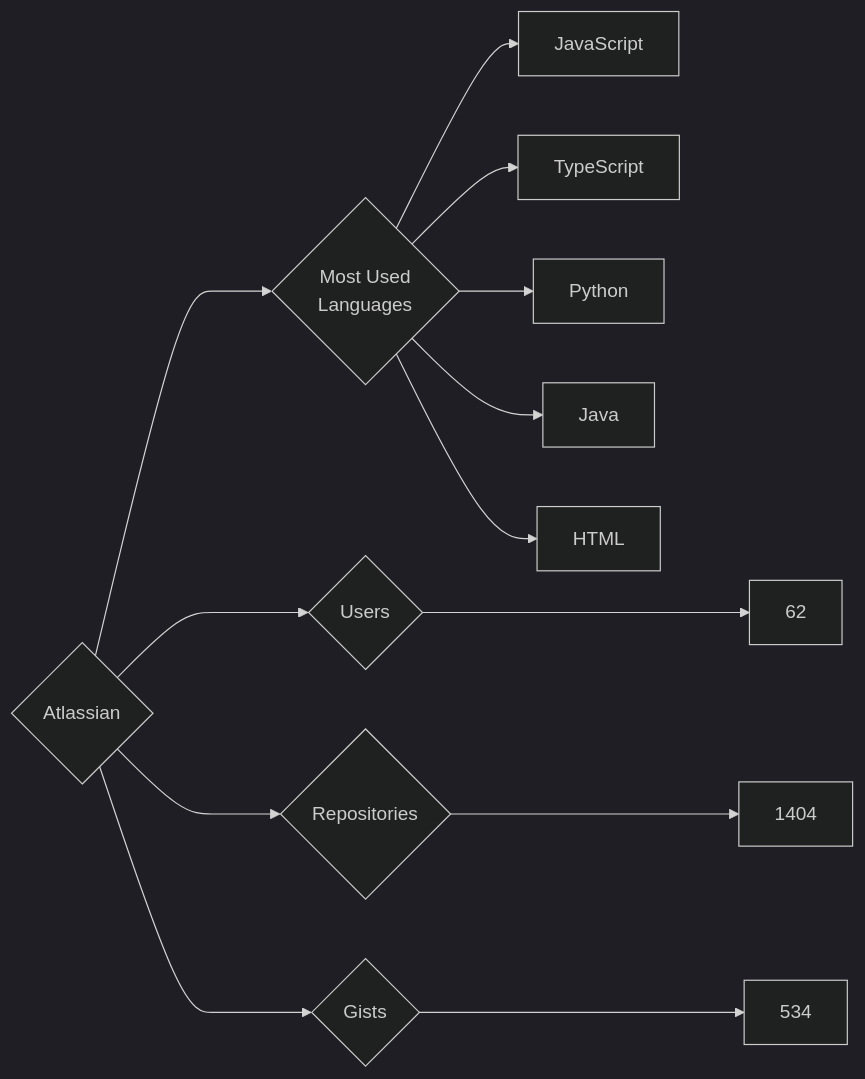
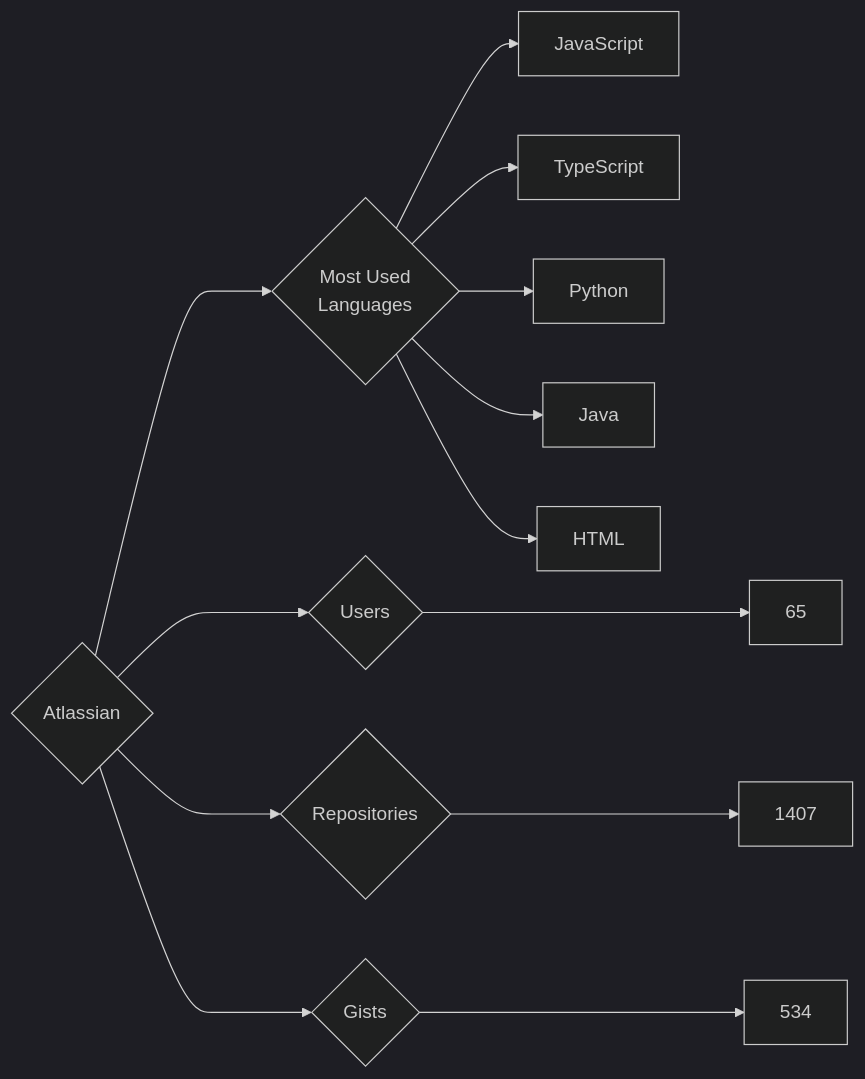
Before and after one commit to trickest/insiders: the diagram in targets/Atlassian/README.md, drawn with Mermaid (dark theme). The commit also changed 679 other files, not shown here.

````diff
--- a/targets/Atlassian/README.md
+++ b/targets/Atlassian/README.md
@@ -3,13 +3,13 @@
 ```mermaid
 graph LR
 COMPANY_NAME{Atlassian}
-COMPANY_NAME ---> U{Users} ---> UN[62]
-COMPANY_NAME ---> R{Repositories} ---> RN[1404]
+COMPANY_NAME ---> U{Users} ---> UN[65]
+COMPANY_NAME ---> R{Repositories} ---> RN[1407]
 COMPANY_NAME ---> G{Gists} ---> GN[534]
 COMPANY_NAME ---> ML{Most Used<br>Languages}
 ML --> JavaScript[JavaScript]
 ML --> TypeScript[TypeScript]
 ML --> Python[Python]
 ML --> Java[Java]
 ML --> HTML[HTML]
 ```
````
